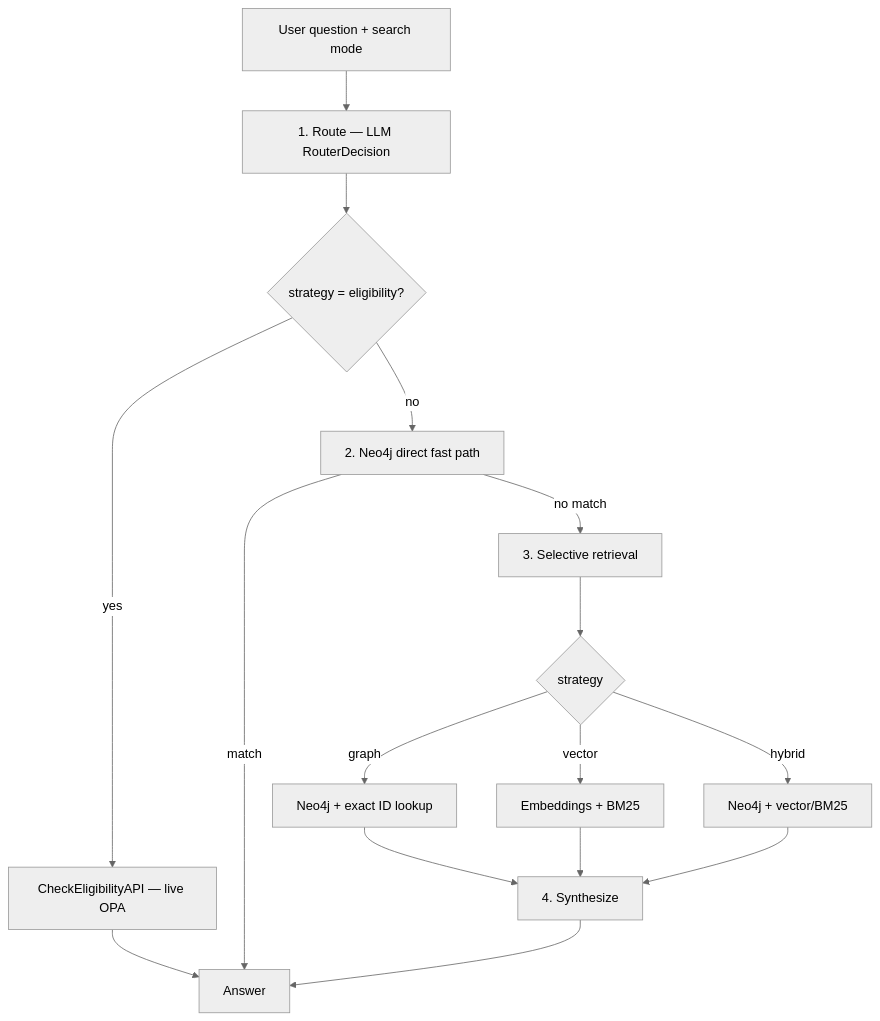
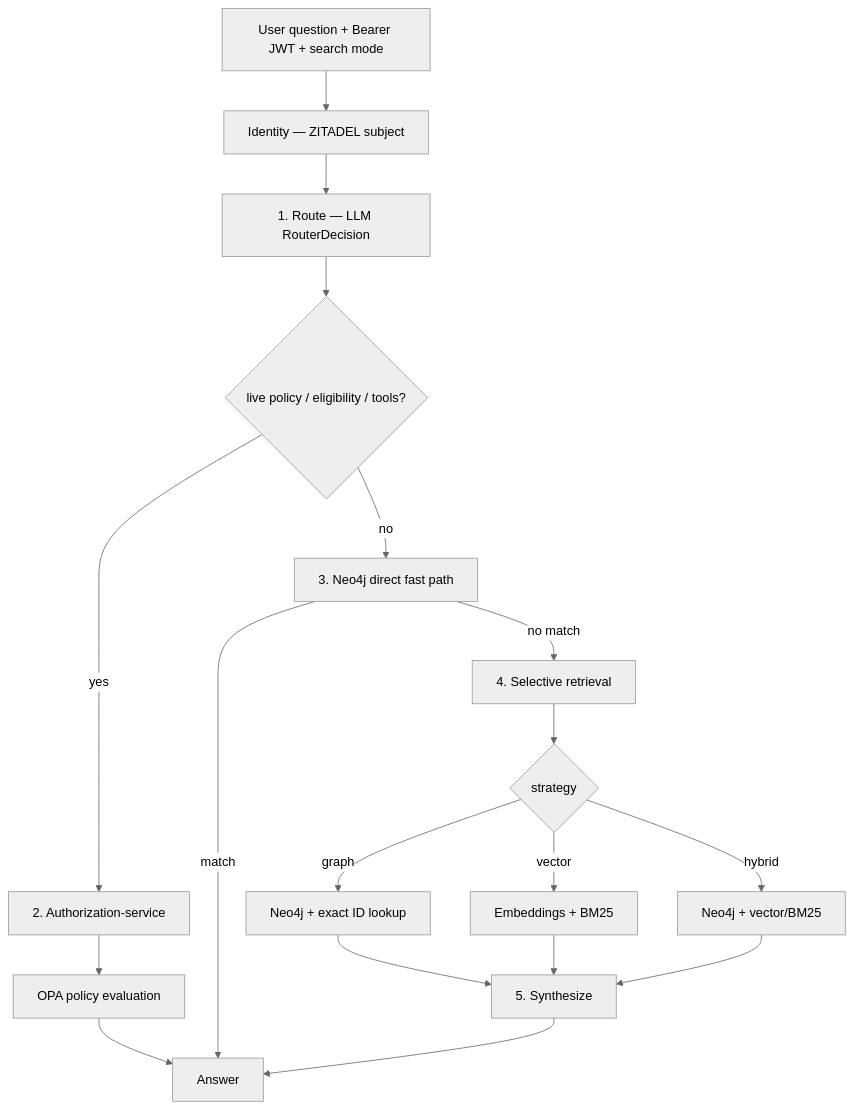
One commit to sanjuthomas/policy-pilot changed the diagram in README.md. Above: the diagram before and after it, drawn with Mermaid (neutral theme). The commit also changed other lines of this file and 1 other file, not shown here.

Commit message:
Document AuthZ/OPA on the chat intent flow for live policy answers.

````diff
--- a/README.md
+++ b/README.md
@@ -84,18 +86,20 @@
 ```mermaid
 flowchart TD
-    Q[User question + search mode] --> R[1. Route — LLM RouterDecision]
-    R --> E{strategy = eligibility?}
-    E -->|yes| OPA[CheckEligibilityAPI — live OPA]
+    Q["User question + Bearer JWT + search mode"] --> ID[Identity — ZITADEL subject]
+    ID --> R[1. Route — LLM RouterDecision]
+    R --> E{live policy / eligibility / tools?}
+    E -->|yes| AZ[2. Authorization-service]
+    AZ --> OPA[OPA policy evaluation]
     OPA --> A[Answer]
-    E -->|no| D[2. Neo4j direct fast path]
+    E -->|no| D[3. Neo4j direct fast path]
     D -->|match| A
-    D -->|no match| RET[3. Selective retrieval]
+    D -->|no match| RET[4. Selective retrieval]
     RET --> G{strategy}
     G -->|graph| N[Neo4j + exact ID lookup]
     G -->|vector| V[Embeddings + BM25]
     G -->|hybrid| H[Neo4j + vector/BM25]
-    N --> S[4. Synthesize]
+    N --> S[5. Synthesize]
     V --> S
     H --> S
     S --> A
 ```
````
